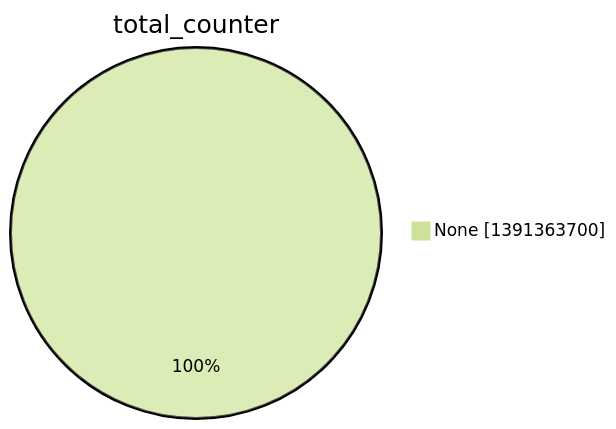
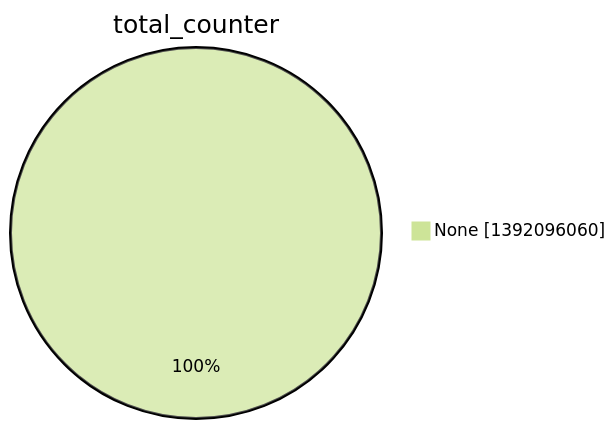
Before and after one commit to christiankrug/ctmonitor_visualization: the second of 15 diagrams in argon2022/README.md, drawn with Mermaid (forest theme). The commit also changed other lines of this file, not shown here.

````diff
--- a/argon2022/README.md
+++ b/argon2022/README.md
@@ -9,5 +9,5 @@
 ```mermaid
 pie showData
 title total_counter
-"None" :1391363700
+"None" :1392096060
 ```
````
